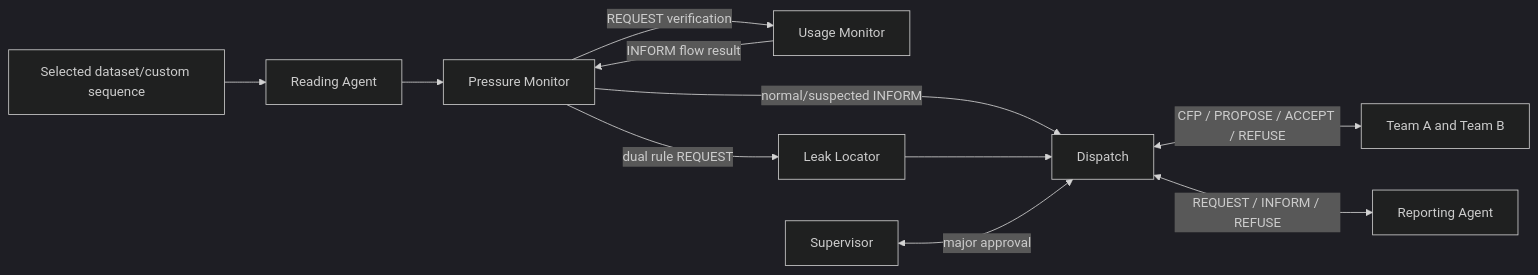
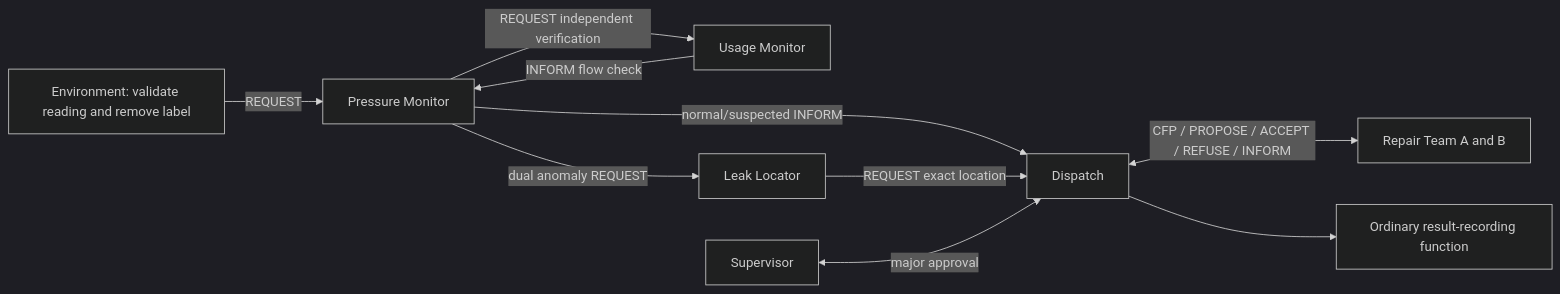
One commit to itsglowdan/Raqeeb changed the diagram in docs/model_design.md. Above: the diagram before and after it, drawn with Mermaid (dark theme). The commit also changed other lines of this file and 17 other files, not shown here.

````diff
--- a/docs/model_design.md
+++ b/docs/model_design.md
@@ -7,13 +7,12 @@
 ```mermaid
 flowchart LR
- E[Selected dataset/custom sequence] --> R[Reading Agent]
- R --> P[Pressure Monitor]
- P -->|REQUEST verification| U[Usage Monitor]
- U -->|INFORM flow result| P
- P -->|dual rule REQUEST| L[Leak Locator]
+ E[Environment: validate reading and remove label] -->|REQUEST| P[Pressure Monitor]
+ P -->|REQUEST independent verification| U[Usage Monitor]
+ U -->|INFORM flow check| P
+ P -->|dual anomaly REQUEST| L[Leak Locator]
  P -->|normal/suspected INFORM| D[Dispatch]
- L --> D
+ L -->|REQUEST exact location| D
  S[Supervisor] <-->|major approval| D
- D <-->|CFP / PROPOSE / ACCEPT / REFUSE| T[Team A and Team B]
- D <-->|REQUEST / INFORM / REFUSE| A[Reporting Agent]
+ D <-->|CFP / PROPOSE / ACCEPT / REFUSE / INFORM| T[Repair Team A and B]
+ D --> R[Ordinary result-recording function]
 ```
````
